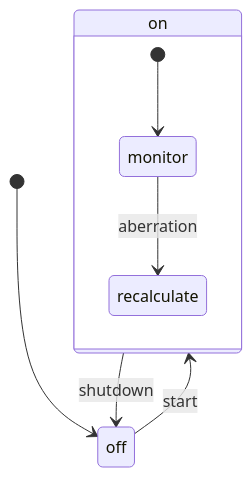
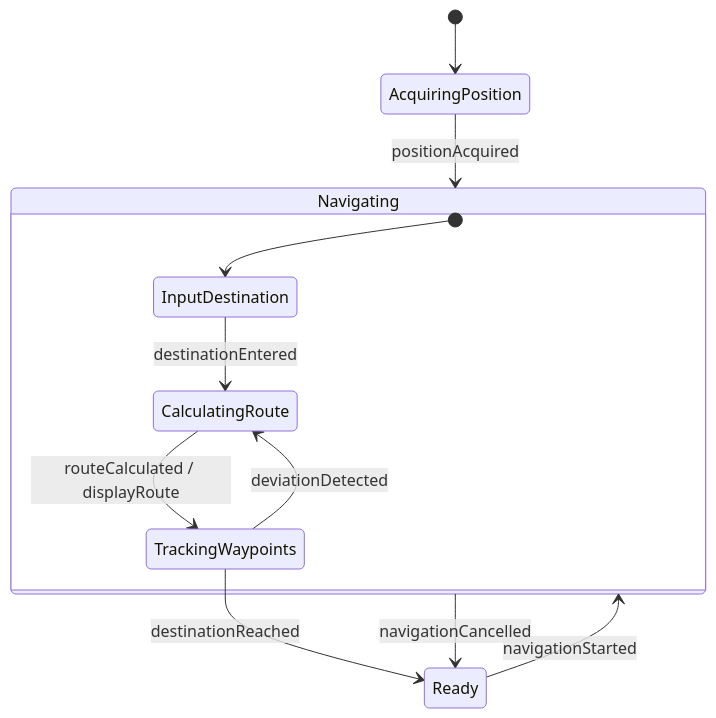
Before and after one commit to Fake1Doge/Obsidian-notes: diagram 30 of 38 in Y1S2/CKS121 Software Requirements.md, drawn with Mermaid. The commit also changed other lines of this file, not shown here.

````diff
--- a/Y1S2/CKS121 Software Requirements.md
+++ b/Y1S2/CKS121 Software Requirements.md
@@ -2487,10 +2528,16 @@
 ```mermaid
 stateDiagram-v2
-    state "on" as On {
-        [*] --> monitor
-        monitor --> recalculate : aberration
+    [*] --> AcquiringPosition
+    AcquiringPosition --> Navigating : positionAcquired
+    Ready --> Navigating : navigationStarted
+
+    state Navigating {
+        [*] --> InputDestination
+        InputDestination --> CalculatingRoute : destinationEntered
+        CalculatingRoute --> TrackingWaypoints : routeCalculated / displayRoute
+        TrackingWaypoints --> CalculatingRoute : deviationDetected
     }
-    [*] --> off
-    off --> On : start
-    On --> off : shutdown
+
+    Navigating --> Ready : navigationCancelled
+    TrackingWaypoints --> Ready : destinationReached
 ```
````
